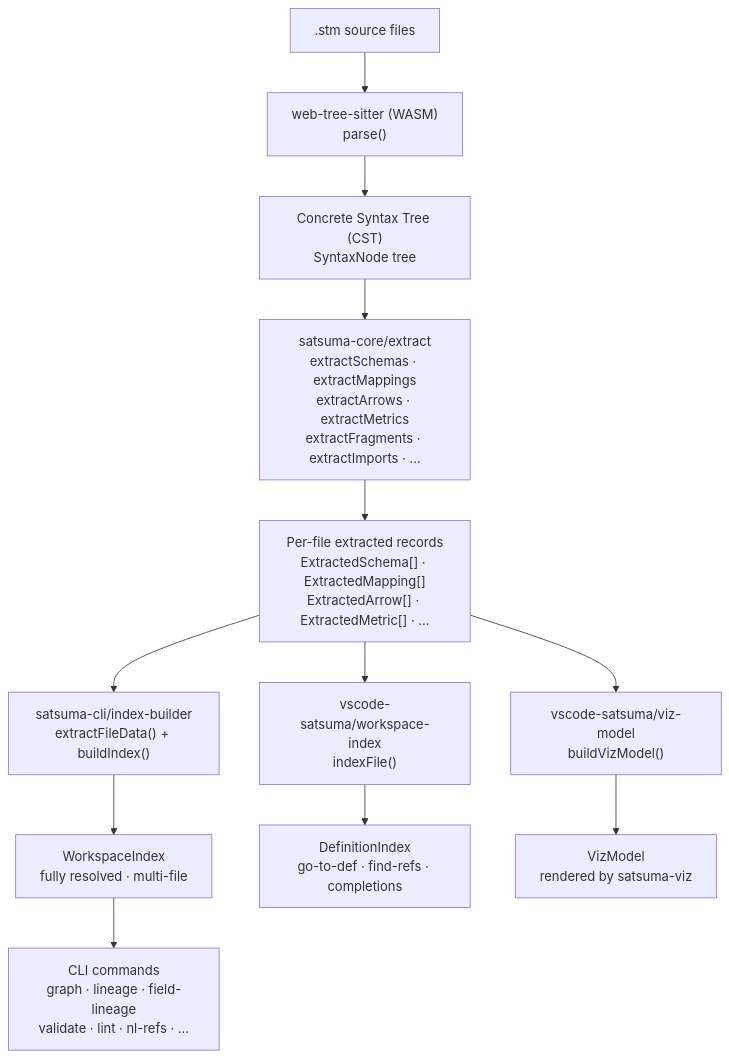
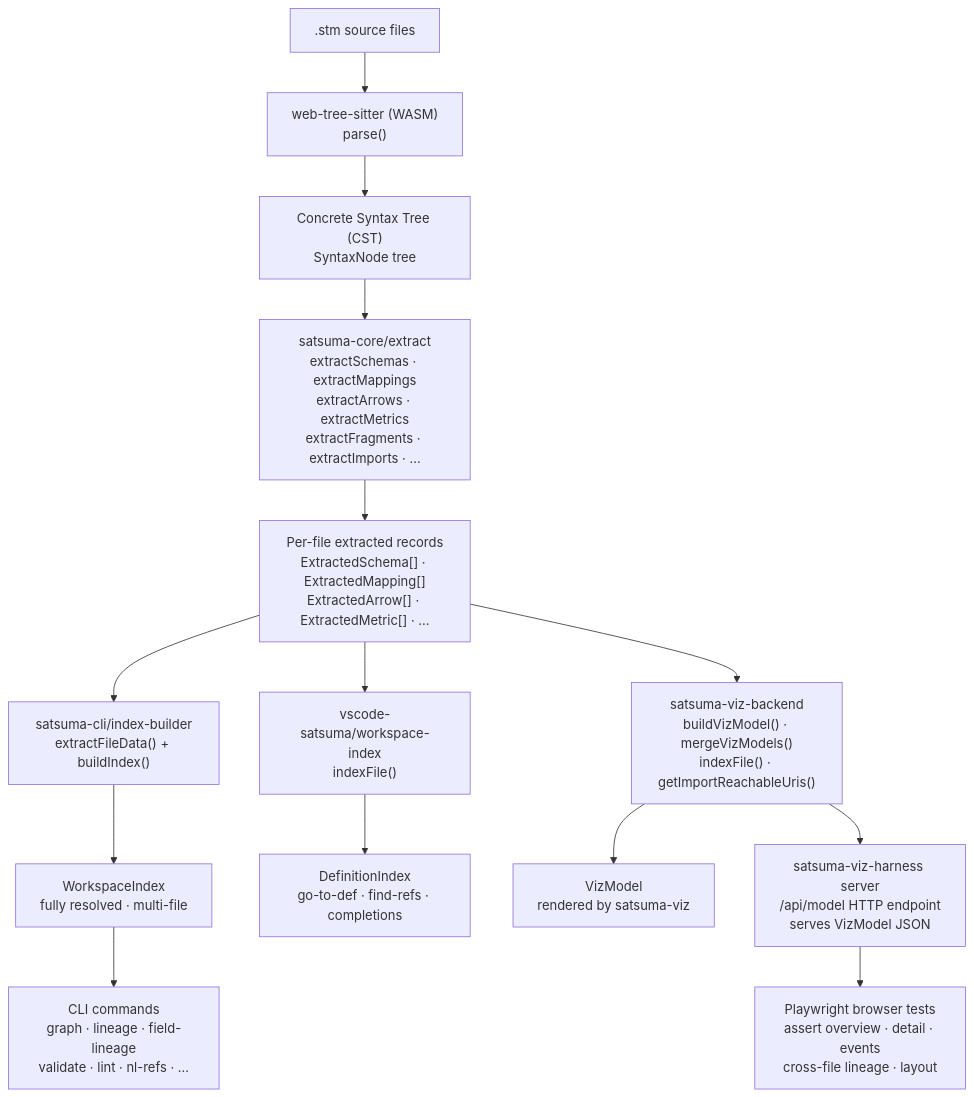
One commit to thorbenlouw/satsuma-lang changed the second of 4 diagrams in docs/developer/ARCHITECTURE.md. Above: the diagram before and after it, drawn with Mermaid. The commit also changed other lines of this file and 19 other files, not shown here.

First line of the commit message:
feat(viz-harness): standalone browser harness + Playwright tests (sl-2jq2, sl-22fg, sl-66hf)

````diff
--- a/docs/developer/ARCHITECTURE.md
+++ b/docs/developer/ARCHITECTURE.md
@@ -51,22 +59,25 @@
 ```mermaid
 flowchart TD
   SRC[".stm source files"]
   PARSE["web-tree-sitter (WASM)\nparse()"]
   CST["Concrete Syntax Tree (CST)\nSyntaxNode tree"]
   EXTRACT["satsuma-core/extract\nextractSchemas · extractMappings\nextractArrows · extractMetrics\nextractFragments · extractImports · …"]
   RECORDS["Per-file extracted records\nExtractedSchema[] · ExtractedMapping[]\nExtractedArrow[] · ExtractedMetric[] · …"]
 
   IDXB["satsuma-cli/index-builder\nextractFileData() + buildIndex()"]
   WI["WorkspaceIndex\nfully resolved · multi-file"]
   CMDS["CLI commands\ngraph · lineage · field-lineage\nvalidate · lint · nl-refs · …"]
 
   WSIDX["vscode-satsuma/workspace-index\nindexFile()"]
   DEFIDX["DefinitionIndex\ngo-to-def · find-refs · completions"]
-  VIZ["vscode-satsuma/viz-model\nbuildVizModel()"]
+  VIZB["satsuma-viz-backend\nbuildVizModel() · mergeVizModels()\nindexFile() · getImportReachableUris()"]
   VIZM["VizModel\nrendered by satsuma-viz"]
+  HARNESS["satsuma-viz-harness server\n/api/model HTTP endpoint\nserves VizModel JSON"]
+  PLAYWRIGHT["Playwright browser tests\nassert overview · detail · events\ncross-file lineage · layout"]
 
   SRC --> PARSE --> CST --> EXTRACT --> RECORDS
   RECORDS --> IDXB --> WI --> CMDS
   RECORDS --> WSIDX --> DEFIDX
-  RECORDS --> VIZ --> VIZM
+  RECORDS --> VIZB --> VIZM
+  VIZB --> HARNESS --> PLAYWRIGHT
 ```
````
